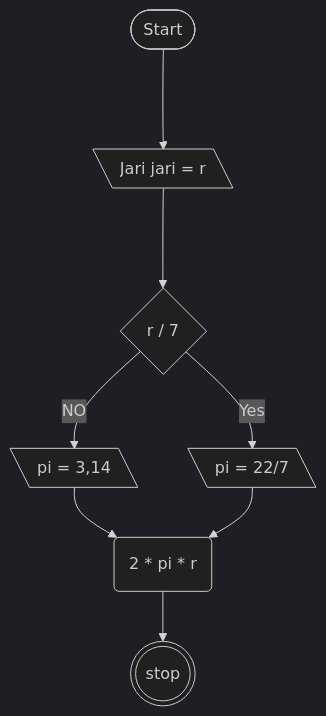
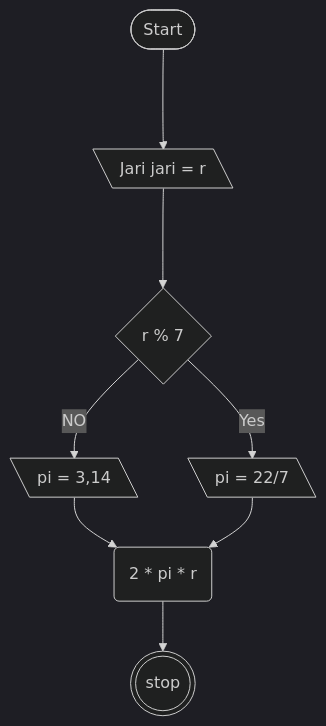
Before and after one commit to ariekas/koda-b4-algoritma: the second of 2 diagrams in MiniTask5.md, drawn with Mermaid (dark theme). The commit also changed other lines of this file, not shown here.

````diff
--- a/MiniTask5.md
+++ b/MiniTask5.md
@@ -23,18 +23,18 @@
 ```mermaid
 flowchart TD
 Start([Start])
 Input[\Jari jari = r\]
-Decision{r / 7}
+Decision{r % 7}
 R1[\pi = 3,14\]
 R2[\pi = 22/7\]
 Perhitungan(2 * pi * r)
 Stop([Stop])
 
 Start ---> Input
 Input ---> Decision 
 Decision -- NO --> R1
 Decision -- Yes --> R2
 R1 & R2 --> Perhitungan
 Perhitungan --> Stop
 Stop(((stop)))
 ```
````
